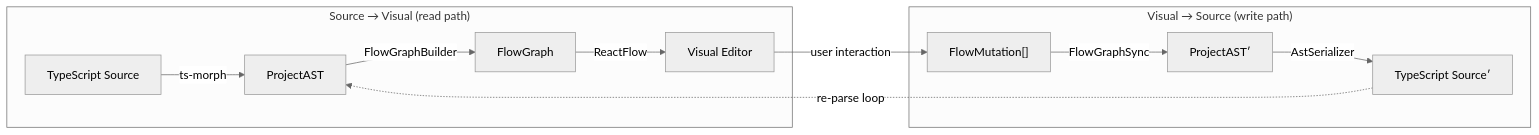
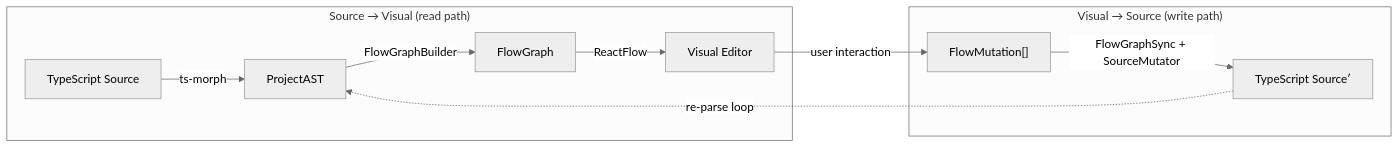
The second of 2 diagrams in docs/04-FLOW-MODELING.md (rimvydasb/open-modeler-ts), drawn with Mermaid (neutral theme) before and after one commit. The commit also changed other lines of this file and 2 other files, not shown here.

Commit message:
refactor AST and flow modeling documentation: update serialization and mutation processes to reflect changes in ProjectAsset handling and clarify flow editor interactions

````diff
--- a/docs/04-FLOW-MODELING.md
+++ b/docs/04-FLOW-MODELING.md
@@ -248,16 +245,15 @@
 ```mermaid
 flowchart LR
     subgraph "Source → Visual (read path)"
         TS["TypeScript Source"] -->|ts-morph| AST["ProjectAST"]
         AST -->|FlowGraphBuilder| FG["FlowGraph"]
         FG -->|ReactFlow| VE["Visual Editor"]
     end
 
     subgraph "Visual → Source (write path)"
         VE -->|user interaction| MUT["FlowMutation[]"]
-        MUT -->|FlowGraphSync| AST2["ProjectAST′"]
-        AST2 -->|AstSerializer| TS2["TypeScript Source′"]
+        MUT -->|FlowGraphSync + SourceMutator| TS2["TypeScript Source′"]
     end
 
     TS2 -.->|re-parse loop| AST
 ```
````
